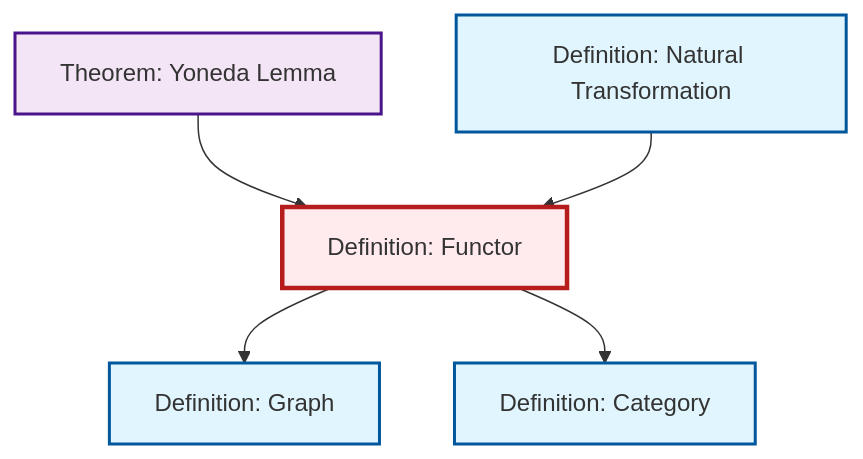
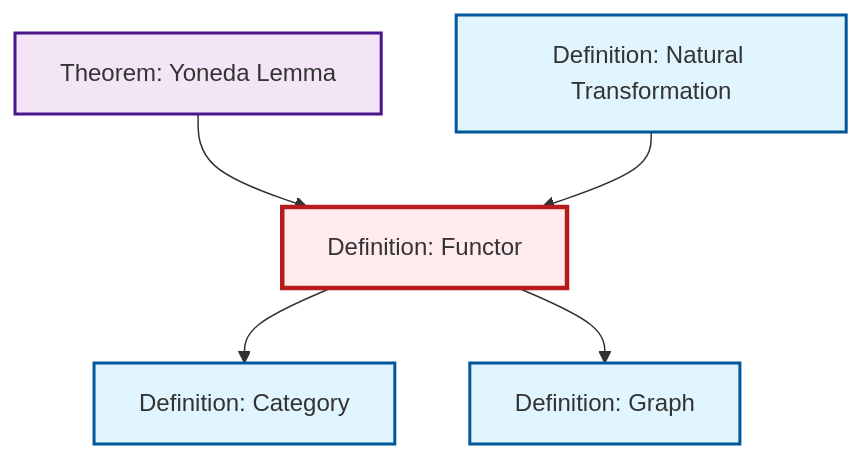
One commit to RK0429/ModernMath changed the diagram in content/ja/category-theory/def-functor.qmd. Above: the diagram before and after it, drawn with Mermaid. The commit also changed other lines of this file and 497 other files, not shown here.

````diff
--- a/content/ja/category-theory/def-functor.qmd
+++ b/content/ja/category-theory/def-functor.qmd
@@ -50,23 +50,23 @@
 ```{mermaid}
 %%| fig-cap: "Local dependency graph"
 graph TD
     classDef definition fill:#e1f5fe,stroke:#01579b,stroke-width:2px
     classDef theorem fill:#f3e5f5,stroke:#4a148c,stroke-width:2px
     classDef axiom fill:#fff3e0,stroke:#e65100,stroke-width:2px
     classDef example fill:#e8f5e9,stroke:#1b5e20,stroke-width:2px
     classDef current fill:#ffebee,stroke:#b71c1c,stroke-width:3px
-    thm-yoneda["Theorem: Yoneda Lemma"]:::theorem
     def-natural-transformation["Definition: Natural Transformation"]:::definition
     def-category["Definition: Category"]:::definition
     def-graph["Definition: Graph"]:::definition
     def-functor["Definition: Functor"]:::definition
+    thm-yoneda["Theorem: Yoneda Lemma"]:::theorem
+    thm-yoneda --> def-functor
+    def-functor --> def-category
+    def-natural-transformation --> def-functor
     def-functor --> def-graph
-    def-functor --> def-category
-    thm-yoneda --> def-functor
-    def-natural-transformation --> def-functor
     class def-functor current
-    click thm-yoneda "thm-yoneda.html" "Theorem: Yoneda Lemmaへ"
     click def-natural-transformation "def-natural-transformation.html" "Definition: Natural Transformationへ"
     click def-category "def-category.html" "Definition: Categoryへ"
     click def-graph "def-graph.html" "Definition: Graphへ"
+    click thm-yoneda "thm-yoneda.html" "Theorem: Yoneda Lemmaへ"
 ```
````
